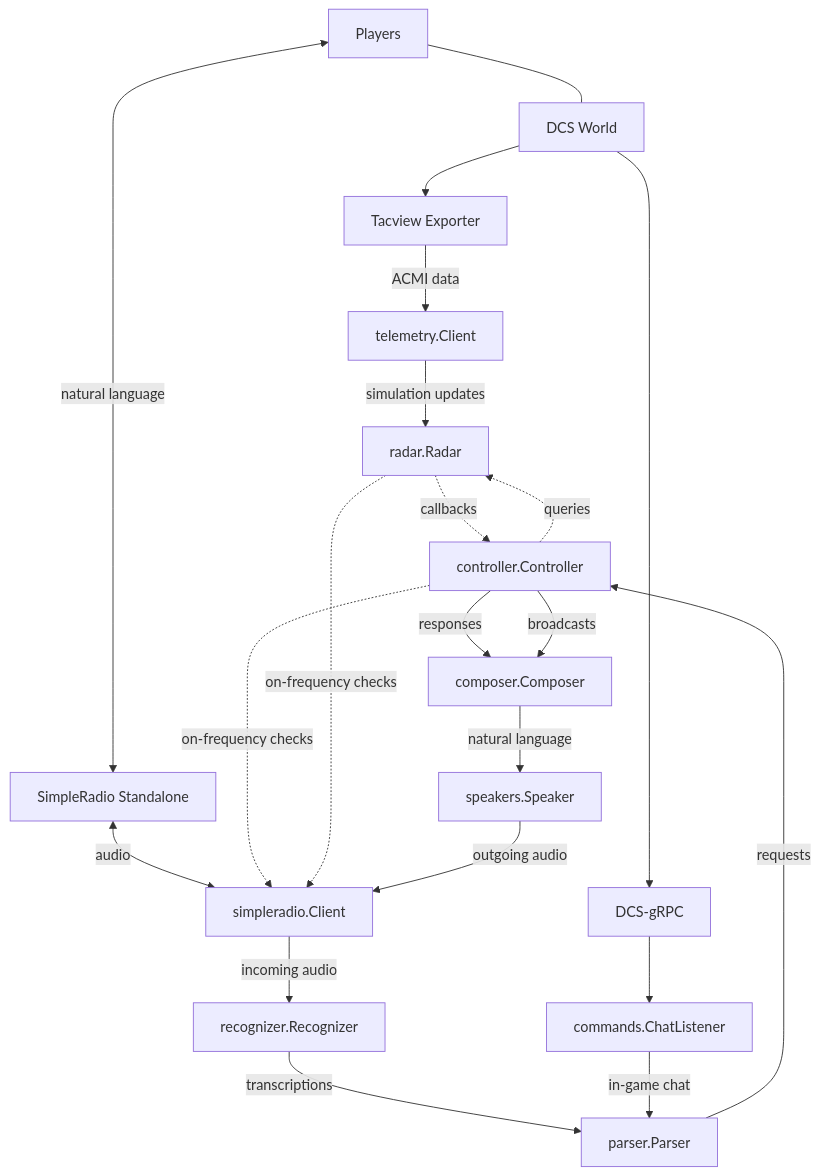
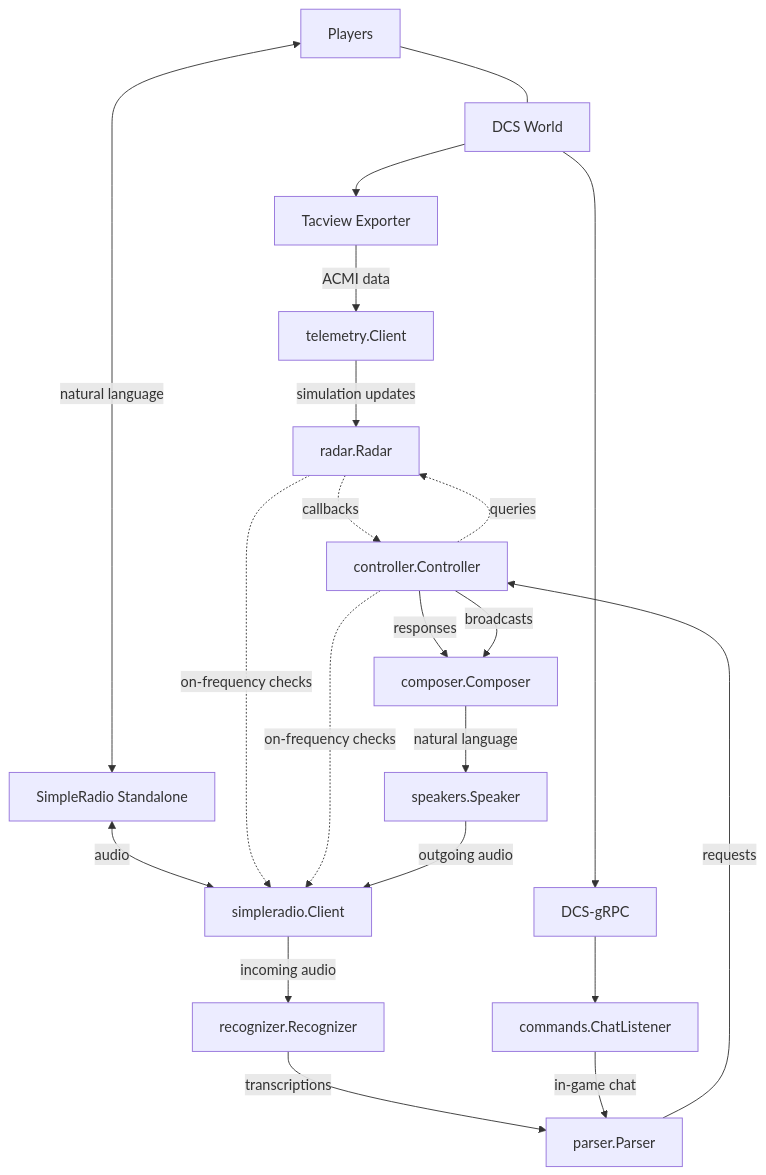
One commit to dharmab/skyeye changed the diagram in docs/CONTRIBUTING.md. Above: the diagram before and after it, drawn with Mermaid. The commit also changed other lines of this file, not shown here.

Commit message:
Reorder diagram lines to avoid crossing edges

````diff
--- a/docs/CONTRIBUTING.md
+++ b/docs/CONTRIBUTING.md
@@ -215,15 +215,15 @@
 ```mermaid
 flowchart TD
     Players --- DCS[DCS World]
     Players <-->|natural language| SRS
     SRS[SimpleRadio Standalone] <-->|audio| simpleradio.Client -->|incoming audio| recognizer.Recognizer -->|transcriptions| parser.Parser-->|requests| controller.Controller
     DCS --> Tacview[Tacview Exporter] -->|ACMI data| telemetry.Client -->|simulation updates| radar.Radar
     DCS --> DCS-gRPC --> commands.ChatListener -->|in-game chat| parser.Parser
     controller.Controller .->|queries| radar.Radar
     radar.Radar .->|callbacks| controller.Controller
+    radar.Radar .->|on-frequency checks| simpleradio.Client
     controller.Controller .->|on-frequency checks| simpleradio.Client
-    radar.Radar .->|on-frequency checks| simpleradio.Client
     controller.Controller -->|responses| composer.Composer
     controller.Controller -->|broadcasts| composer.Composer
     composer.Composer -->|natural language| speakers.Speaker -->|outgoing audio| simpleradio.Client
 ```
````
